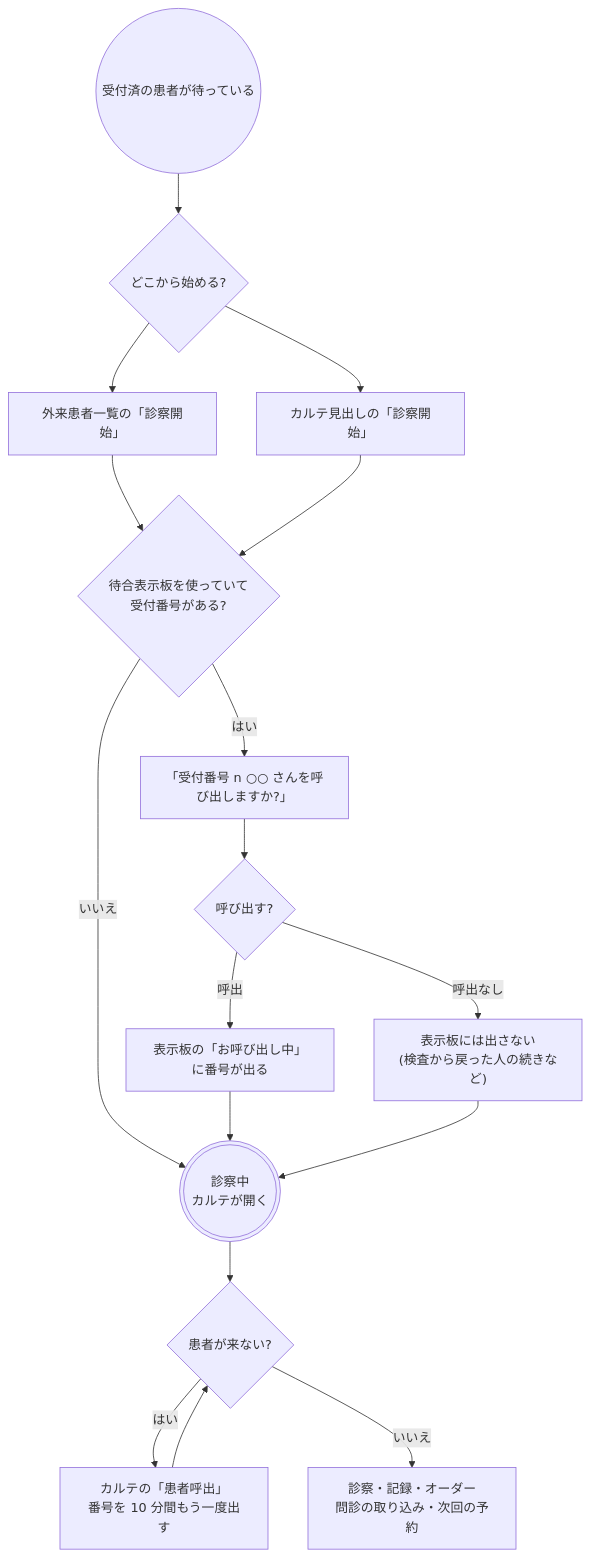
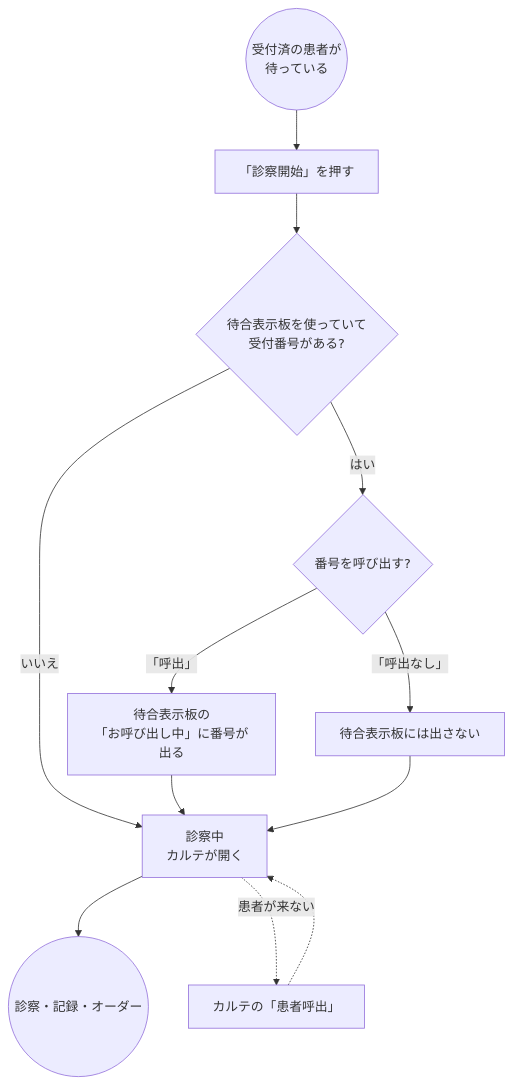
One commit to ysnr-dev/fhir-client changed the fifth of 18 diagrams in docs/order-flows/outpatient.md. Above: the diagram before and after it, drawn with Mermaid. The commit also changed other lines of this file and 14 other files, not shown here.

Commit message:
docs: 業務フローに書き方の決まりを追加し図と用語を整理

````diff
--- a/docs/order-flows/outpatient.md
+++ b/docs/order-flows/outpatient.md
@@ -187,27 +239,20 @@
 ```mermaid
 flowchart TD
-  ready(("受付済の患者が待っている"))
-  where{"どこから始める?"}
-  fromList["外来患者一覧の「診察開始」"]
-  fromKarte["カルテ見出しの「診察開始」"]
+  ready(("受付済の患者が<br/>待っている"))
+  startBtn["「診察開始」を押す"]
   boardQ{"待合表示板を使っていて<br/>受付番号がある?"}
-  ask["「受付番号 n ○○ さんを呼び出しますか?」"]
-  callQ{"呼び出す?"}
-  callOn["表示板の「お呼び出し中」に番号が出る"]
-  callOff["表示板には出さない<br/>(検査から戻った人の続きなど)"]
-  inExam((("診察中<br/>カルテが開く")))
-  noShowQ{"患者が来ない?"}
-  recall["カルテの「患者呼出」<br/>番号を 10 分間もう一度出す"]
-  write["診察・記録・オーダー<br/>問診の取り込み・次回の予約"]
+  callQ{"番号を呼び出す?"}
+  callOn["待合表示板の<br/>「お呼び出し中」に番号が出る"]
+  callOff["待合表示板には出さない"]
+  inExam["診察中<br/>カルテが開く"]
+  recall["カルテの「患者呼出」"]
+  write(("診察・記録・オーダー"))
 
-  ready --> where
-  where --> fromList --> boardQ
-  where --> fromKarte --> boardQ
+  ready --> startBtn --> boardQ
   boardQ -- "いいえ" --> inExam
-  boardQ -- "はい" --> ask --> callQ
-  callQ -- "呼出" --> callOn --> inExam
-  callQ -- "呼出なし" --> callOff --> inExam
-  inExam --> noShowQ
-  noShowQ -- "はい" --> recall --> noShowQ
-  noShowQ -- "いいえ" --> write
+  boardQ -- "はい" --> callQ
+  callQ -- "「呼出」" --> callOn --> inExam
+  callQ -- "「呼出なし」" --> callOff --> inExam
+  inExam --> write
+  inExam -. "患者が来ない" .-> recall -.-> inExam
 ```
````
